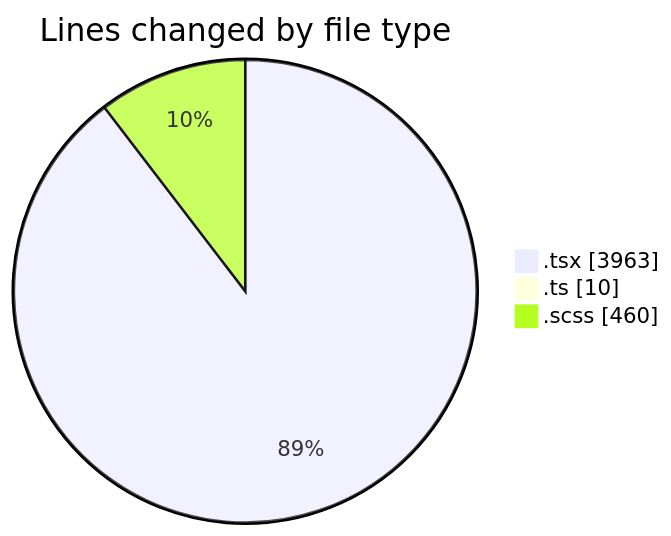
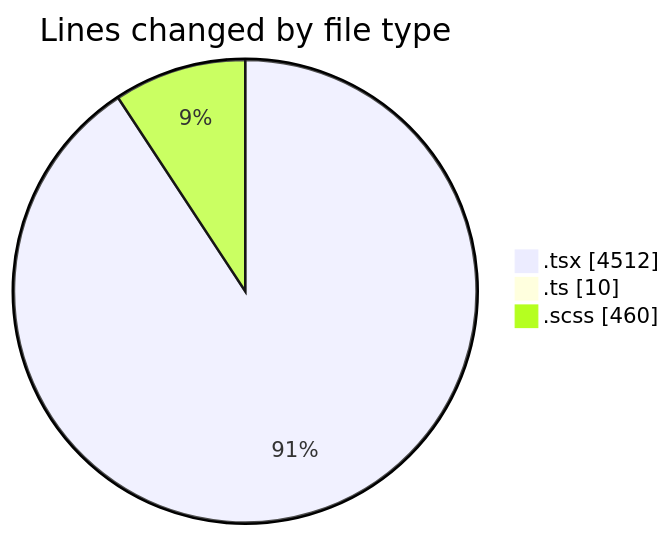
Before and after one commit to momahboobian/code-tracking: the first of 2 diagrams in 2025-11-17/cda/README.md, drawn with Mermaid. The commit also changed other lines of this file and 1 other file, not shown here.

````diff
--- a/2025-11-17/cda/README.md
+++ b/2025-11-17/cda/README.md
@@ -29,7 +30,7 @@
 ```mermaid
 pie showData
 title Lines changed by file type
-".tsx" : 3963
+".tsx" : 4512
 ".ts" : 10
 ".scss" : 460
 ```
````
